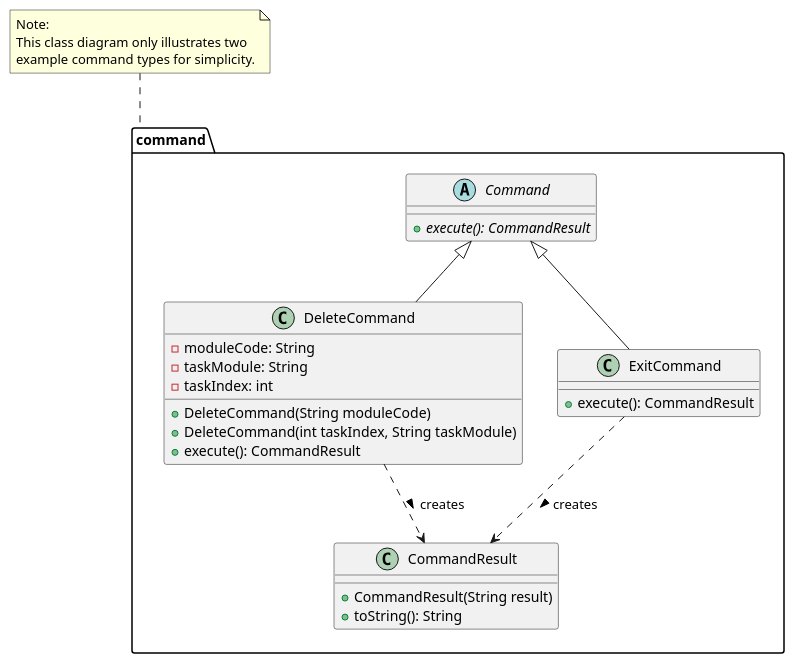
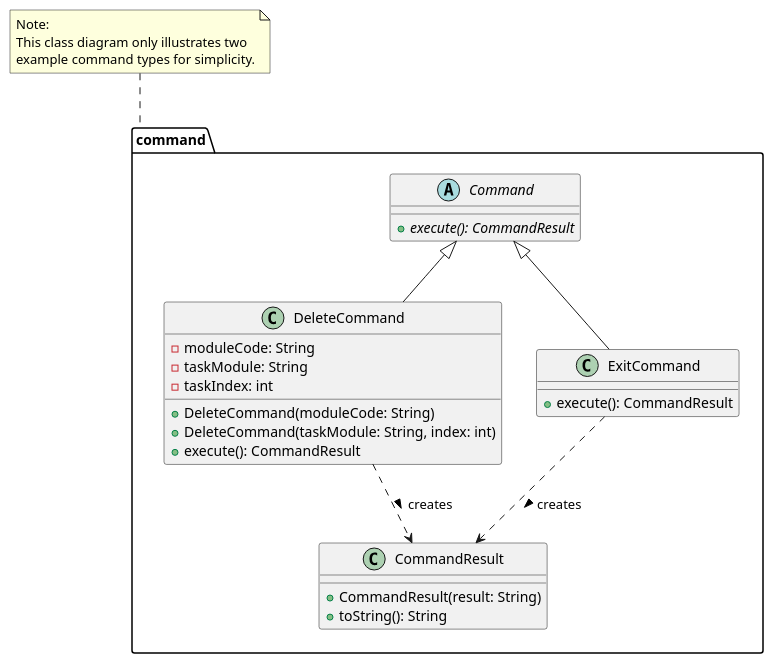
One commit to nus-cs2113-AY2122S2/tp changed the diagram in docs/CommandClassDiagram.puml. Above: the diagram before and after it, drawn with PlantUML. The commit also changed 3 other files, not shown here.

Commit message:
Fix UML diagrams

```diff
--- a/docs/CommandClassDiagram.puml
+++ b/docs/CommandClassDiagram.puml
@@ -1,41 +1,41 @@
 @startuml
 'https://plantuml.com/class-diagram
 package command {
     abstract class Command
     class DeleteCommand
 
     Command <|-- DeleteCommand
     Command <|-- ExitCommand
     DeleteCommand ..> CommandResult :creates >
     ExitCommand ..> CommandResult :creates >
 
     abstract class Command {
         +execute(): CommandResult {abstract}
     }
 
     class DeleteCommand {
     -moduleCode: String
     -taskModule: String
     -taskIndex: int
-    +DeleteCommand(String moduleCode)
-    +DeleteCommand(int taskIndex, String taskModule)
+    +DeleteCommand(moduleCode: String)
+    +DeleteCommand(taskModule: String, index: int)
     +execute(): CommandResult
     }
 
     class ExitCommand {
     +execute(): CommandResult
     }
 
     class CommandResult {
-    +CommandResult(String result)
+    +CommandResult(result: String)
     +toString(): String
     }
 }
 
 note top of command
 Note:
 This class diagram only illustrates two
 example command types for simplicity.
 end note
 
 @enduml
```
